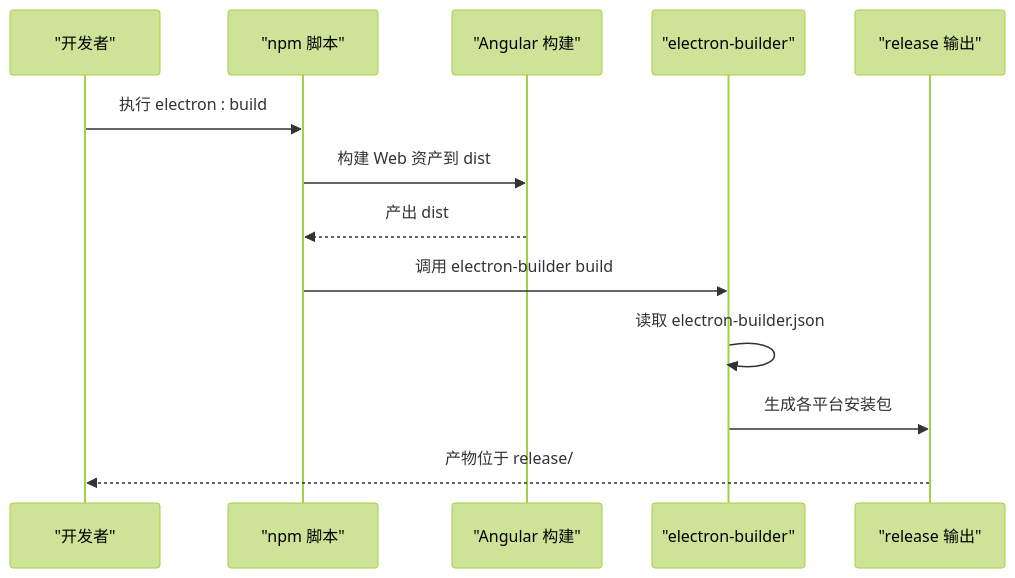
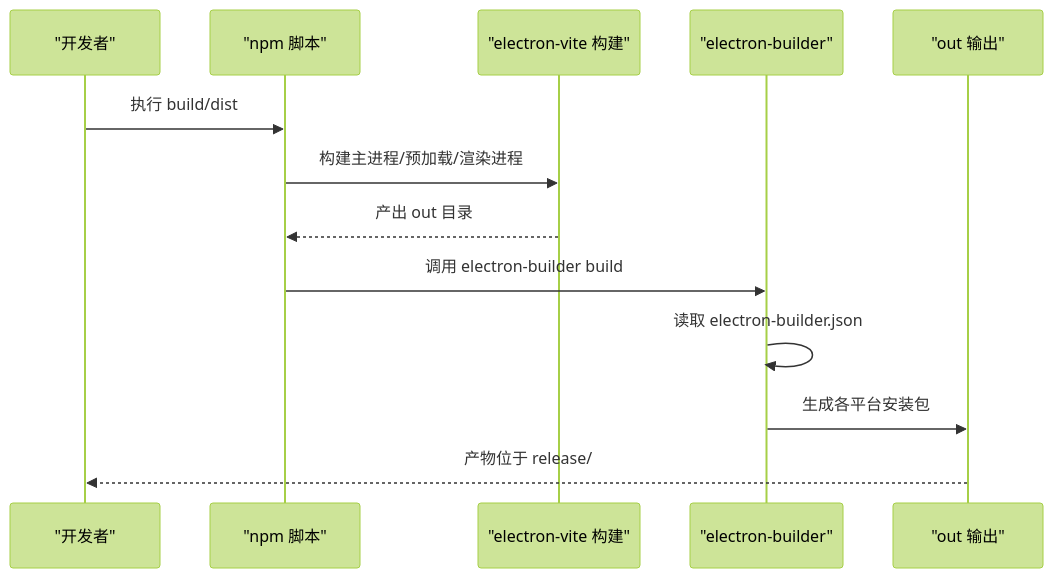
Before and after one commit to haolange/RDC-Agent: the second of 4 diagrams in .qoder/repowiki/zh/content/构建与打包/Electron 打包配置.md, drawn with Mermaid (forest theme). The commit also changed other lines of this file and 3 other files, not shown here.

````diff
--- a/.qoder/repowiki/zh/content/构建与打包/Electron 打包配置.md
+++ b/.qoder/repowiki/zh/content/构建与打包/Electron 打包配置.md
@@ -89,15 +82,15 @@
 ```mermaid
 sequenceDiagram
 participant Dev as "开发者"
 participant NPM as "npm 脚本"
-participant Angular as "Angular 构建"
+participant EVite as "electron-vite 构建"
 participant EB as "electron-builder"
-participant Out as "release 输出"
-Dev->>NPM : 执行 electron : build
-NPM->>Angular : 构建 Web 资产到 dist
-Angular-->>NPM : 产出 dist
+participant Out as "out 输出"
+Dev->>NPM : 执行 build/dist
+NPM->>EVite : 构建主进程/预加载/渲染进程
+EVite-->>NPM : 产出 out 目录
 NPM->>EB : 调用 electron-builder build
 EB->>EB : 读取 electron-builder.json
 EB->>Out : 生成各平台安装包
 Out-->>Dev : 产物位于 release/
 ```
````
